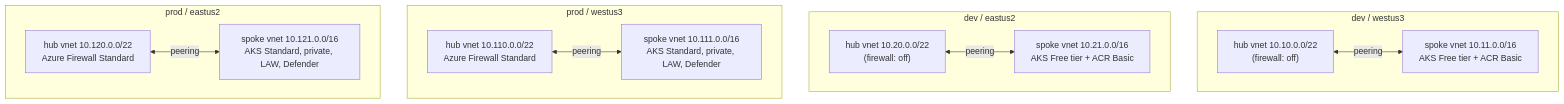
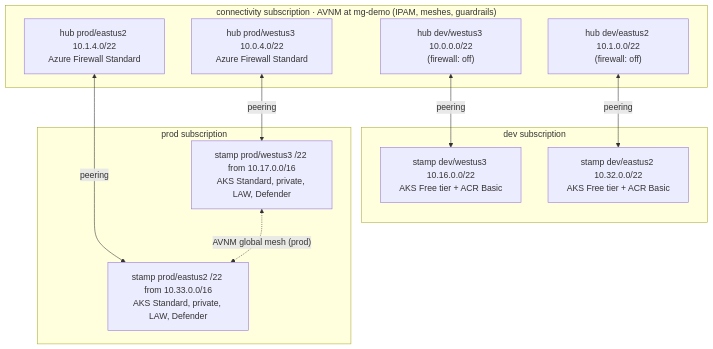
One commit to travismoran/Azure-Hub-and-Spoke-Multi-Region-Platform-Example changed the diagram in docs/architecture.md. Above: the diagram before and after it, drawn with Mermaid. The commit also changed other lines of this file and 42 other files, not shown here.

````diff
--- a/docs/architecture.md
+++ b/docs/architecture.md
@@ -10,23 +13,22 @@
 ```mermaid
 flowchart TB
-    subgraph dev-westus3["dev / westus3"]
-        hub1["hub vnet 10.10.0.0/22<br/>(firewall: off)"]
-        spoke1["spoke vnet 10.11.0.0/16<br/>AKS Free tier + ACR Basic"]
-        hub1 <-- peering --> spoke1
+    subgraph platform["connectivity subscription  ·  AVNM at mg-demo (IPAM, meshes, guardrails)"]
+        hub1["hub dev/westus3 10.0.0.0/22<br/>(firewall: off)"]
+        hub2["hub dev/eastus2 10.1.0.0/22<br/>(firewall: off)"]
+        hub3["hub prod/westus3 10.0.4.0/22<br/>Azure Firewall Standard"]
+        hub4["hub prod/eastus2 10.1.4.0/22<br/>Azure Firewall Standard"]
     end
-    subgraph dev-eastus2["dev / eastus2"]
-        hub2["hub vnet 10.20.0.0/22<br/>(firewall: off)"]
-        spoke2["spoke vnet 10.21.0.0/16<br/>AKS Free tier + ACR Basic"]
-        hub2 <-- peering --> spoke2
+    subgraph dev["dev subscription"]
+        spoke1["stamp dev/westus3 10.16.0.0/22<br/>AKS Free tier + ACR Basic"]
+        spoke2["stamp dev/eastus2 10.32.0.0/22<br/>AKS Free tier + ACR Basic"]
     end
-    subgraph prod-westus3["prod / westus3"]
-        hub3["hub vnet 10.110.0.0/22<br/>Azure Firewall Standard"]
-        spoke3["spoke vnet 10.111.0.0/16<br/>AKS Standard, private, LAW, Defender"]
-        hub3 <-- peering --> spoke3
+    subgraph prod["prod subscription"]
+        spoke3["stamp prod/westus3 /22 from 10.17.0.0/16<br/>AKS Standard, private, LAW, Defender"]
+        spoke4["stamp prod/eastus2 /22 from 10.33.0.0/16<br/>AKS Standard, private, LAW, Defender"]
     end
-    subgraph prod-eastus2["prod / eastus2"]
-        hub4["hub vnet 10.120.0.0/22<br/>Azure Firewall Standard"]
-        spoke4["spoke vnet 10.121.0.0/16<br/>AKS Standard, private, LAW, Defender"]
-        hub4 <-- peering --> spoke4
-    end
+    hub1 <-- peering --> spoke1
+    hub2 <-- peering --> spoke2
+    hub3 <-- peering --> spoke3
+    hub4 <-- peering --> spoke4
+    spoke3 <-. AVNM global mesh (prod) .-> spoke4
 ```
````
